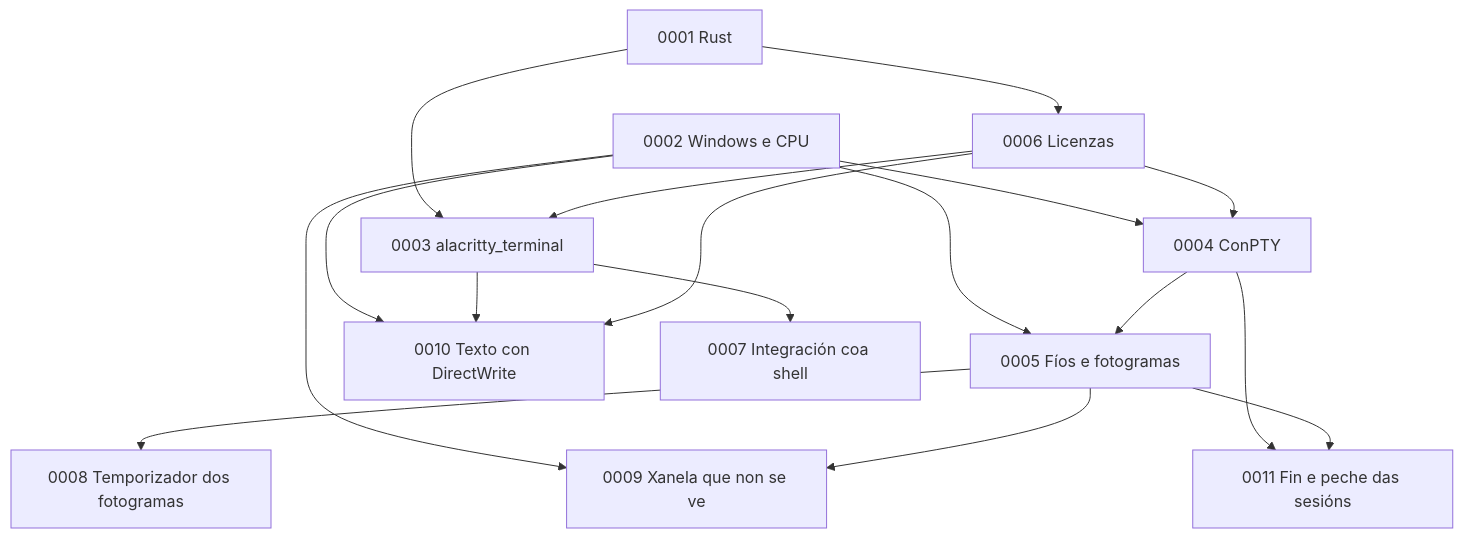
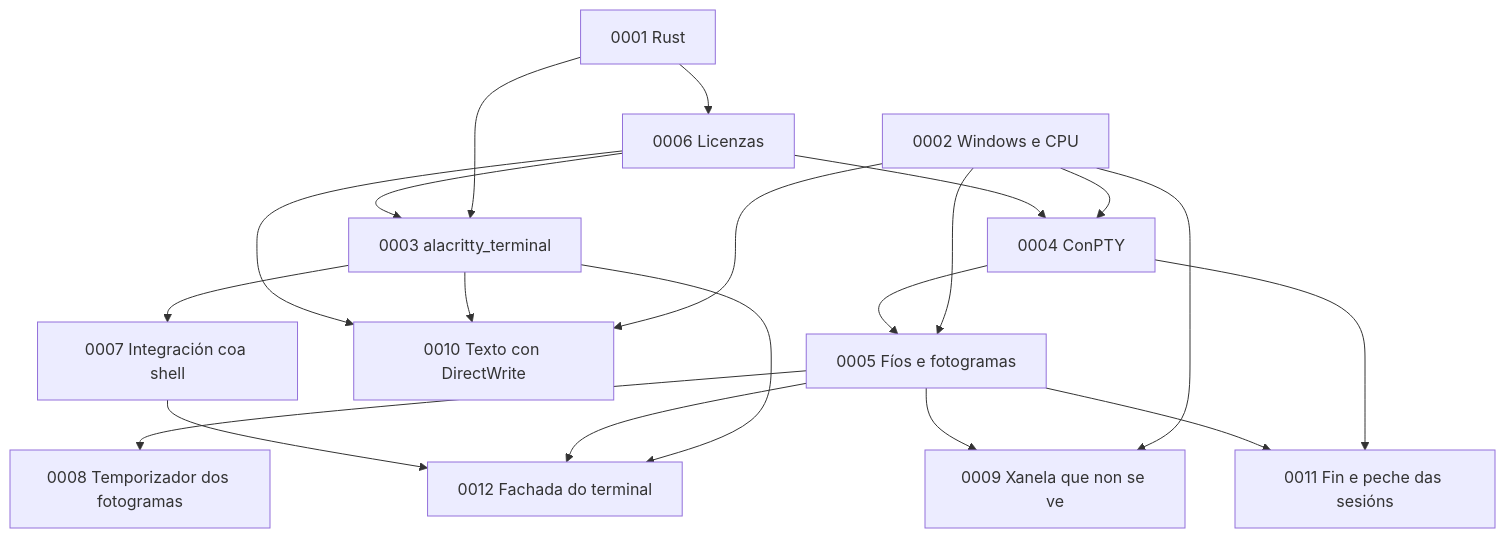
One commit to NewHouses/meiga changed the diagram in docs/adr/README.md. Above: the diagram before and after it, drawn with Mermaid. The commit also changed other lines of this file and 30 other files, not shown here.

````diff
--- a/docs/adr/README.md
+++ b/docs/adr/README.md
@@ -32,19 +33,22 @@
 ```mermaid
 graph TD
     A1["0001 Rust"] --> A3["0003 alacritty_terminal"]
     A1 --> A6["0006 Licenzas"]
     A2["0002 Windows e CPU"] --> A4["0004 ConPTY"]
     A2 --> A5["0005 Fíos e fotogramas"]
     A2 --> A9["0009 Xanela que non se ve"]
     A2 --> A10["0010 Texto con DirectWrite"]
     A3 --> A7["0007 Integración coa shell"]
     A3 --> A10
+    A3 --> A12["0012 Fachada do terminal"]
     A4 --> A5
     A4 --> A11["0011 Fin e peche das sesións"]
     A5 --> A8["0008 Temporizador dos fotogramas"]
     A5 --> A9
     A5 --> A11
+    A5 --> A12
     A6 --> A3
     A6 --> A4
     A6 --> A10
+    A7 --> A12
 ```
````
